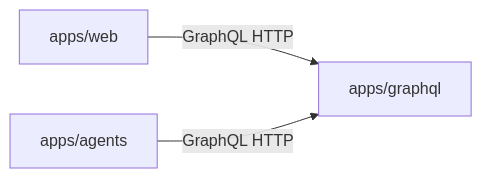
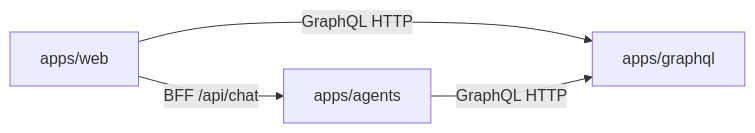
The diagram in ARCHITECTURE.md (daniel-dihardja/menuyukti), drawn with Mermaid before and after one commit. The commit also changed other lines of this file and 16 other files, not shown here.

````diff
--- a/ARCHITECTURE.md
+++ b/ARCHITECTURE.md
@@ -19,8 +21,9 @@
 ```mermaid
 flowchart LR
   web["apps/web"]
   gql["apps/graphql"]
   ag["apps/agents"]
   web -->|"GraphQL HTTP"| gql
+  web -->|"BFF /api/chat"| ag
   ag -->|"GraphQL HTTP"| gql
 ```
````
